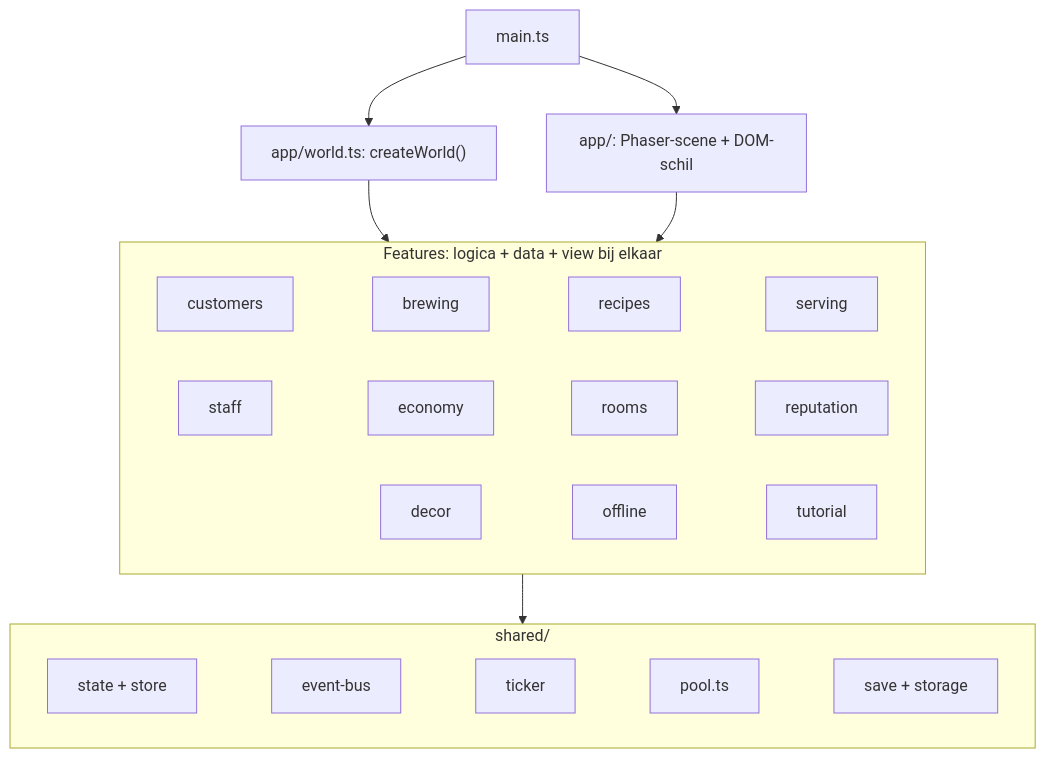
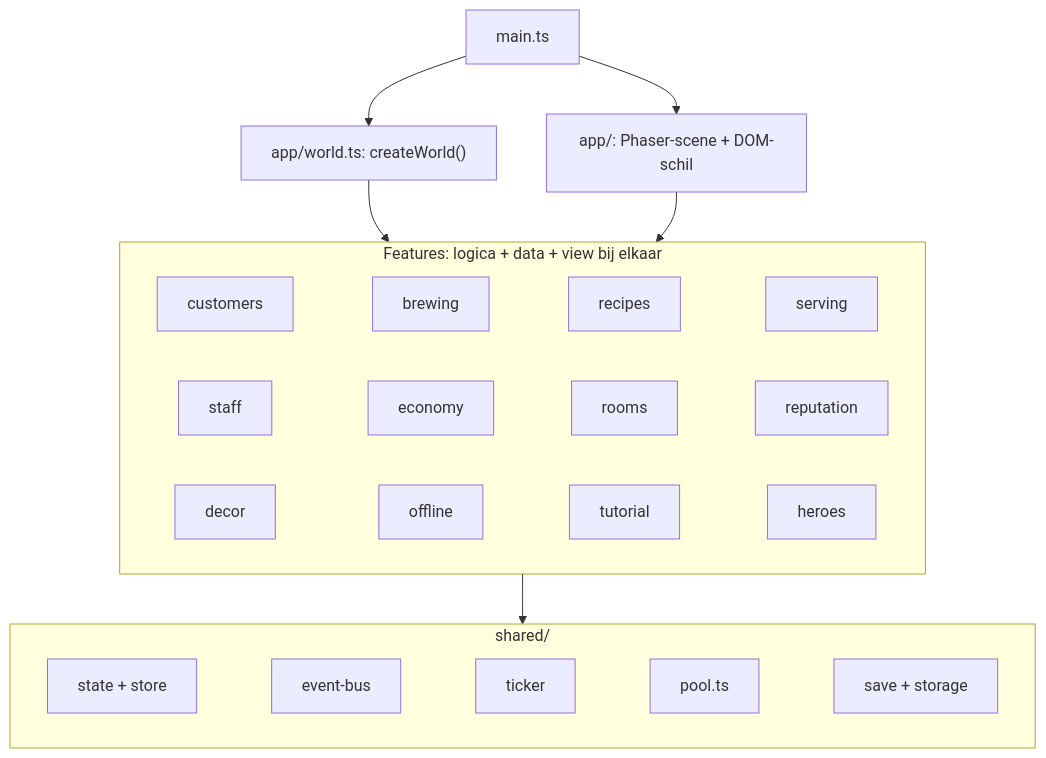
The first of 2 diagrams in docs/GAME_ANALYSE.md (TripR27/CrazyGamesGame), drawn with Mermaid before and after one commit. The commit also changed other lines of this file and 2 other files, not shown here.

Commit message:
Update SPECS, GAME_ANALYSE and IDEAS for step 15a (guild hall and heroes)

````diff
--- a/docs/GAME_ANALYSE.md
+++ b/docs/GAME_ANALYSE.md
@@ -297,21 +297,21 @@
 ```mermaid
 flowchart TB
   main["main.ts"] --> world["app/world.ts: createWorld()"]
   main --> shell["app/: Phaser-scene + DOM-schil"]
 
   subgraph feat["Features: logica + data + view bij elkaar"]
     direction LR
     customers["customers"] ~~~ brewing["brewing"] ~~~ recipes["recipes"] ~~~ serving["serving"]
     staff["staff"] ~~~ economy["economy"] ~~~ rooms["rooms"] ~~~ reputation["reputation"]
-    decor["decor"] ~~~ offline["offline"] ~~~ tutorial["tutorial"]
+    decor["decor"] ~~~ offline["offline"] ~~~ tutorial["tutorial"] ~~~ heroes["heroes"]
   end
 
   subgraph shared["shared/"]
     direction LR
     state["state + store"] ~~~ events["event-bus"] ~~~ time["ticker"] ~~~ pool["pool.ts"] ~~~ save["save + storage"]
   end
 
   world --> feat
   shell --> feat
   feat --> shared
 ```
````
